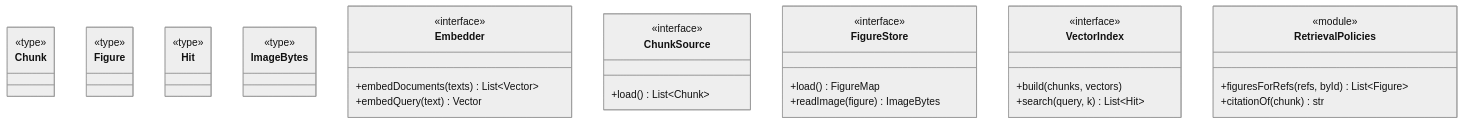
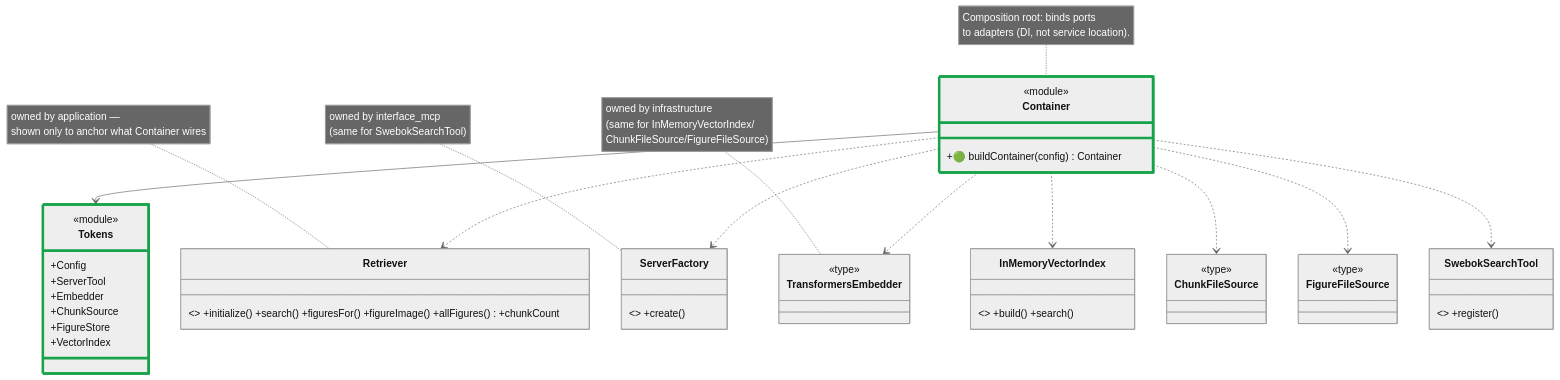
One commit to SzatanKluska/MCPSWEBOK changed diagram 14 of 19 in docs/architecture/system-class-diagram.md. Above: the diagram before and after it, drawn with Mermaid (neutral theme). The commit also changed other lines of this file and 2 other files, not shown here.

Commit message:
update system-class-diagram

````diff
--- a/docs/architecture/system-class-diagram.md
+++ b/docs/architecture/system-class-diagram.md
@@ -370,31 +588,40 @@
 ```mermaid
 classDiagram
-  class Chunk { <<type>> }
-  class Figure { <<type>> }
-  class Hit { <<type>> }
-  class ImageBytes { <<type>> }
-  class Embedder {
-    <<interface>>
-    +embedDocuments(texts) List~Vector~
-    +embedQuery(text) Vector
+  class Container {
+    <<module>>
+    +🟢 buildContainer(config) Container
   }
-  class ChunkSource {
-    <<interface>>
-    +load() List~Chunk~
+  class Tokens {
+    <<module>>
+    +Config
+    +ServerTool
+    +Embedder
+    +ChunkSource
+    +FigureStore
+    +VectorIndex
   }
-  class FigureStore {
-    <<interface>>
-    +load() FigureMap
-    +readImage(figure) ImageBytes
-  }
-  class VectorIndex {
-    <<interface>>
-    +build(chunks, vectors)
-    +search(query, k) List~Hit~
-  }
-  class RetrievalPolicies {
-    <<module>>
-    +figuresForRefs(refs, byId) List~Figure~
-    +citationOf(chunk) str
-  }
+
+  class Retriever { <<type>> +initialize() +search() +figuresFor() +figureImage() +allFigures() +chunkCount }
+  class ServerFactory { <<type>> +create() }
+  class TransformersEmbedder { <<type>> }
+  class InMemoryVectorIndex { <<type>> +build() +search() }
+  class ChunkFileSource { <<type>> }
+  class FigureFileSource { <<type>> }
+  class SwebokSearchTool { <<type>> +register() }
+
+  Container --> Tokens
+  Container ..> Retriever
+  Container ..> ServerFactory
+  Container ..> TransformersEmbedder
+  Container ..> InMemoryVectorIndex
+  Container ..> ChunkFileSource
+  Container ..> FigureFileSource
+  Container ..> SwebokSearchTool
+
+  note for Container "Composition root: binds ports<br/>to adapters (DI, not service location)."
+  note for Retriever "owned by application —<br/>shown only to anchor what Container wires"
+  note for ServerFactory "owned by interface_mcp<br/>(same for SwebokSearchTool)"
+  note for TransformersEmbedder "owned by infrastructure<br/>(same for InMemoryVectorIndex/<br/>ChunkFileSource/FigureFileSource)"
+  style Container stroke:#16A34A,stroke-width:4px
+  style Tokens stroke:#16A34A,stroke-width:4px
 ```
````
